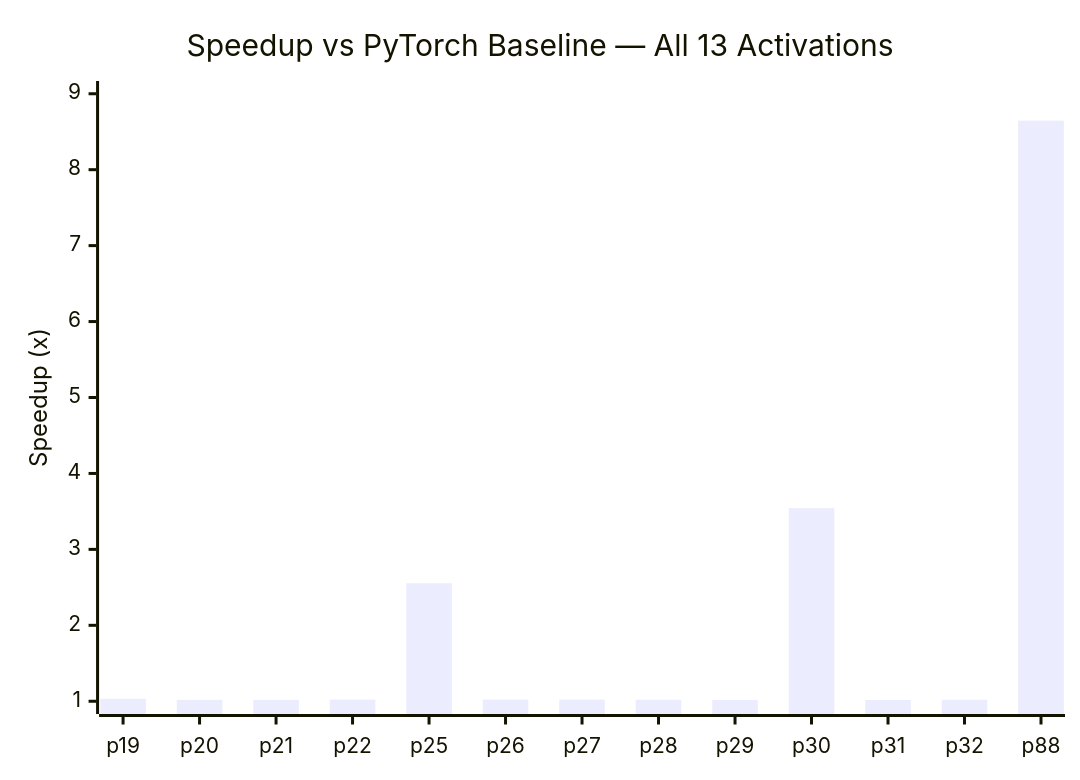
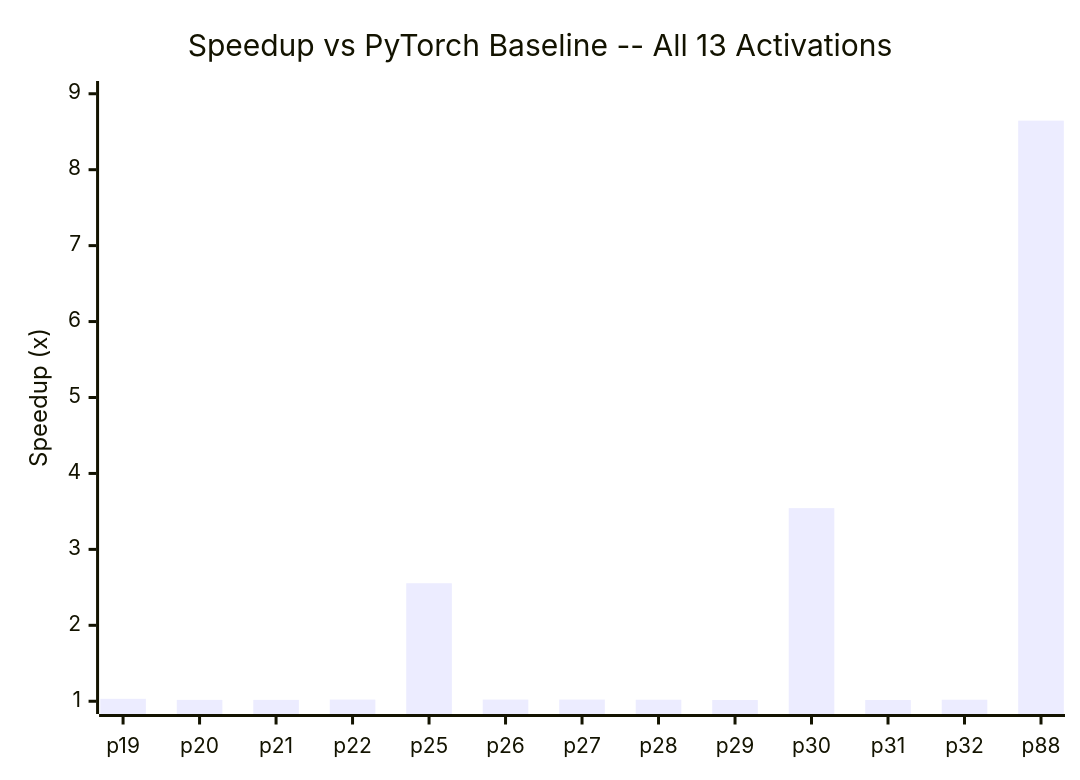
The first of 3 diagrams in reports/06_activation_optimization.md (dkreinov/blackwell-autoresearch), drawn with Mermaid before and after one commit. The commit also changed other lines of this file and 11 other files, not shown here.

````diff
--- a/reports/06_activation_optimization.md
+++ b/reports/06_activation_optimization.md
@@ -31,7 +31,7 @@
 ```mermaid
 xychart-beta
-    title "Speedup vs PyTorch Baseline — All 13 Activations"
+    title "Speedup vs PyTorch Baseline -- All 13 Activations"
     x-axis ["p19", "p20", "p21", "p22", "p25", "p26", "p27", "p28", "p29", "p30", "p31", "p32", "p88"]
     y-axis "Speedup (x)" 1.0 --> 9.0
     bar [1.032, 1.018, 1.018, 1.022, 2.554, 1.022, 1.022, 1.020, 1.016, 3.543, 1.016, 1.020, 8.646]
 ```
````
